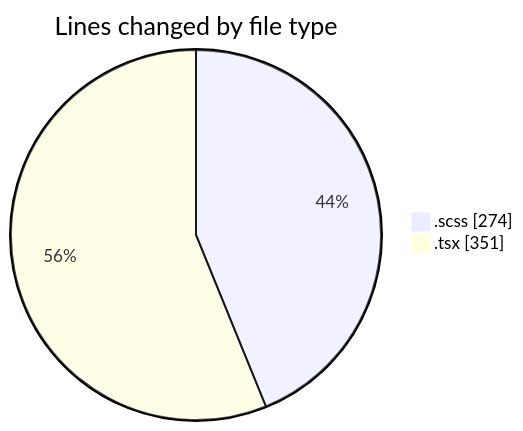
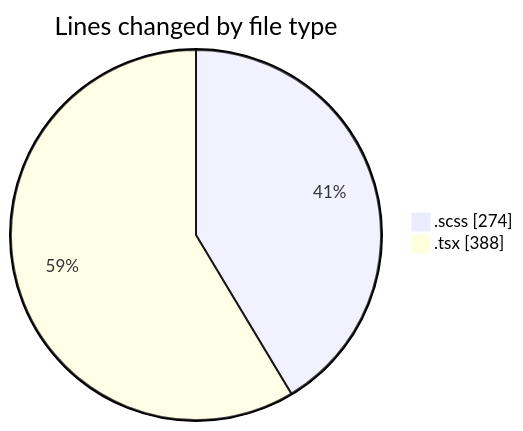
One commit to momahboobian/code-tracking changed the first of 2 diagrams in 2025-03-04/cda/README.md. Above: the diagram before and after it, drawn with Mermaid. The commit also changed other lines of this file and 1 other file, not shown here.

````diff
--- a/2025-03-04/cda/README.md
+++ b/2025-03-04/cda/README.md
@@ -24,6 +24,6 @@
 ```mermaid
 pie showData
 title Lines changed by file type
 ".scss" : 274
-".tsx" : 351
+".tsx" : 388
 ```
````
